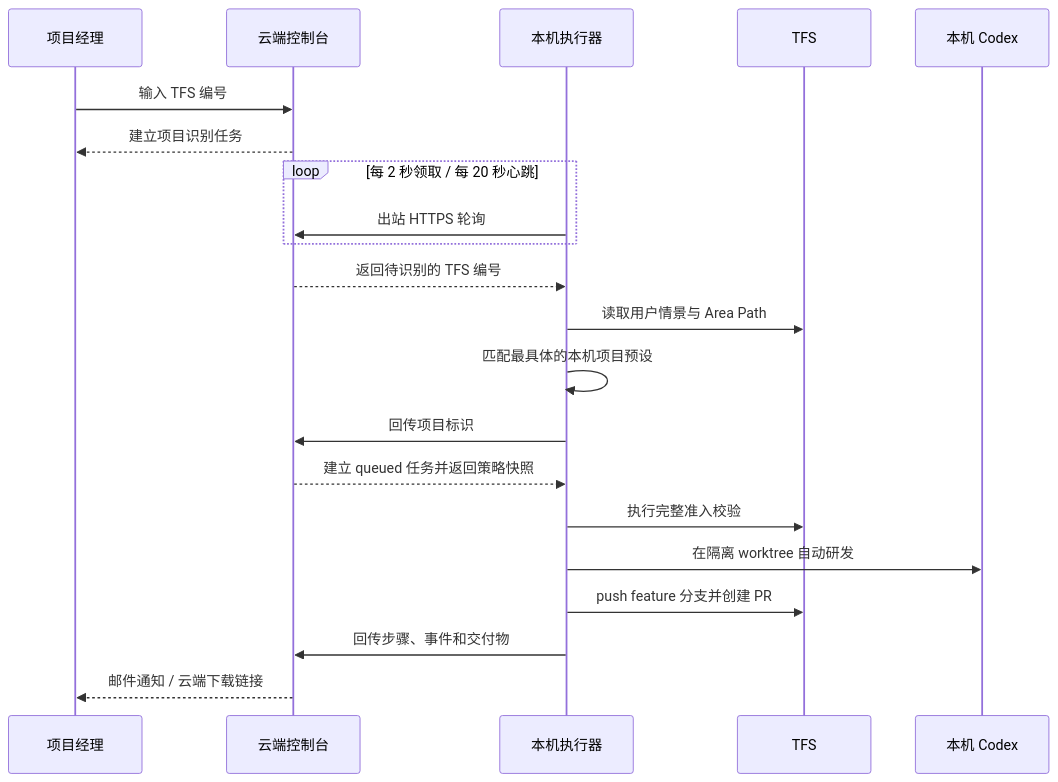
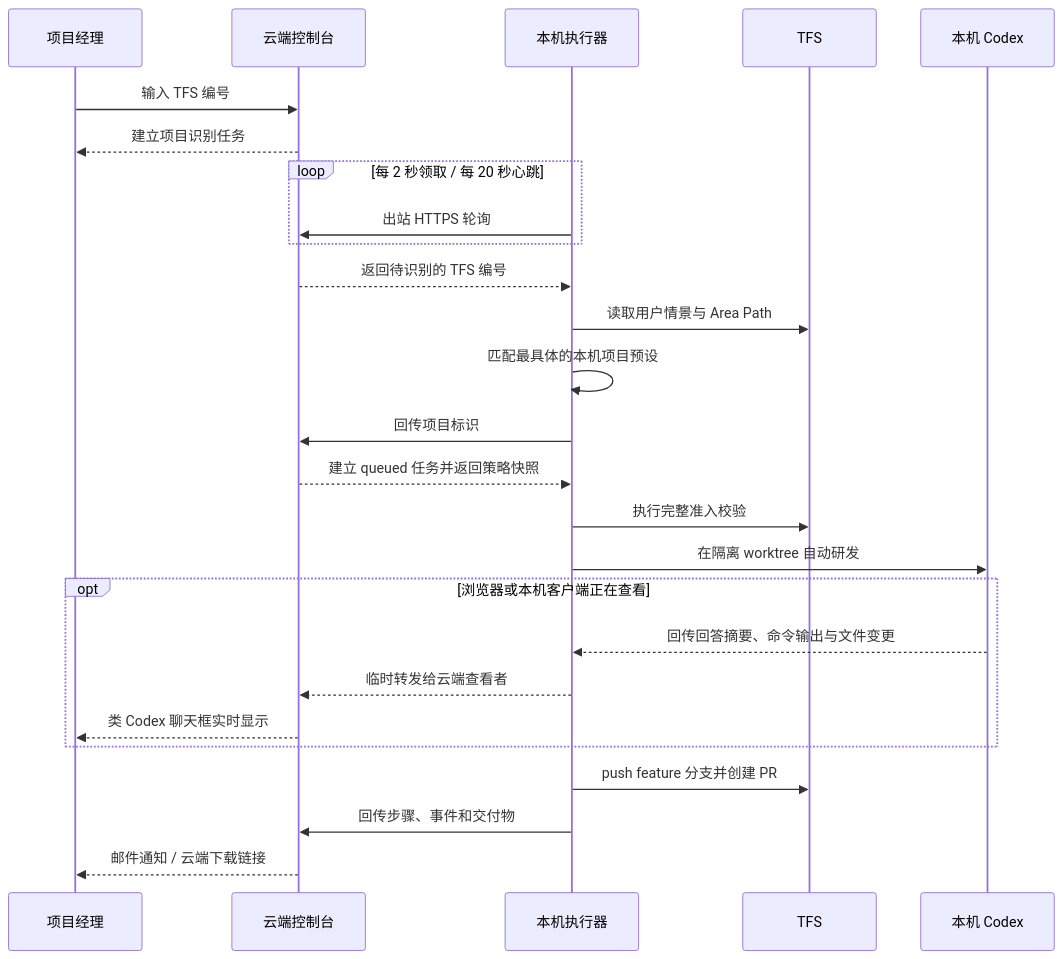
Before and after one commit to yangtaoer/auto-dev: the second of 2 diagrams in docs/architecture.md, drawn with Mermaid. The commit also changed other lines of this file and 22 other files, not shown here.

````diff
--- a/docs/architecture.md
+++ b/docs/architecture.md
@@ -23,24 +24,29 @@
 ```mermaid
 sequenceDiagram
     participant PM as 项目经理
     participant Cloud as 云端控制台
     participant PC as 本机执行器
     participant TFS as TFS
     participant Codex as 本机 Codex
 
     PM->>Cloud: 输入 TFS 编号
     Cloud-->>PM: 建立项目识别任务
     loop 每 2 秒领取 / 每 20 秒心跳
         PC->>Cloud: 出站 HTTPS 轮询
     end
     Cloud-->>PC: 返回待识别的 TFS 编号
     PC->>TFS: 读取用户情景与 Area Path
     PC->>PC: 匹配最具体的本机项目预设
     PC->>Cloud: 回传项目标识
     Cloud-->>PC: 建立 queued 任务并返回策略快照
     PC->>TFS: 执行完整准入校验
     PC->>Codex: 在隔离 worktree 自动研发
+    opt 浏览器或本机客户端正在查看
+        Codex-->>PC: 回传回答摘要、命令输出与文件变更
+        PC-->>Cloud: 临时转发给云端查看者
+        Cloud-->>PM: 类 Codex 聊天框实时显示
+    end
     PC->>TFS: push feature 分支并创建 PR
     PC->>Cloud: 回传步骤、事件和交付物
     Cloud-->>PM: 邮件通知 / 云端下载链接
 ```
````
